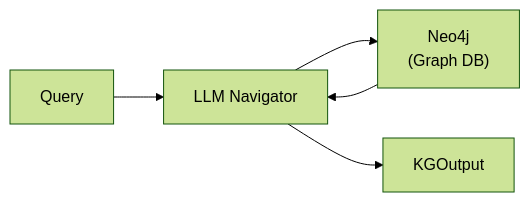
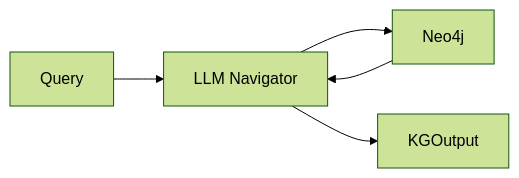
The second of 2 diagrams in docs/knowledge/search-backends.mdx (Leeroo-AI/kapso), drawn with Mermaid (forest theme) before and after one commit. The commit also changed other lines of this file and 19 other files, not shown here.

````diff
--- a/docs/knowledge/search-backends.mdx
+++ b/docs/knowledge/search-backends.mdx
@@ -89,7 +88,7 @@
 ```mermaid
 flowchart LR
-    Q["Query"] --> L["LLM Navigator"]
-    L --> N["Neo4j\n(Graph DB)"]
+    Q[Query] --> L[LLM Navigator]
+    L --> N[Neo4j]
     N --> L
-    L --> O["KGOutput"]
+    L --> O[KGOutput]
 ```
````
